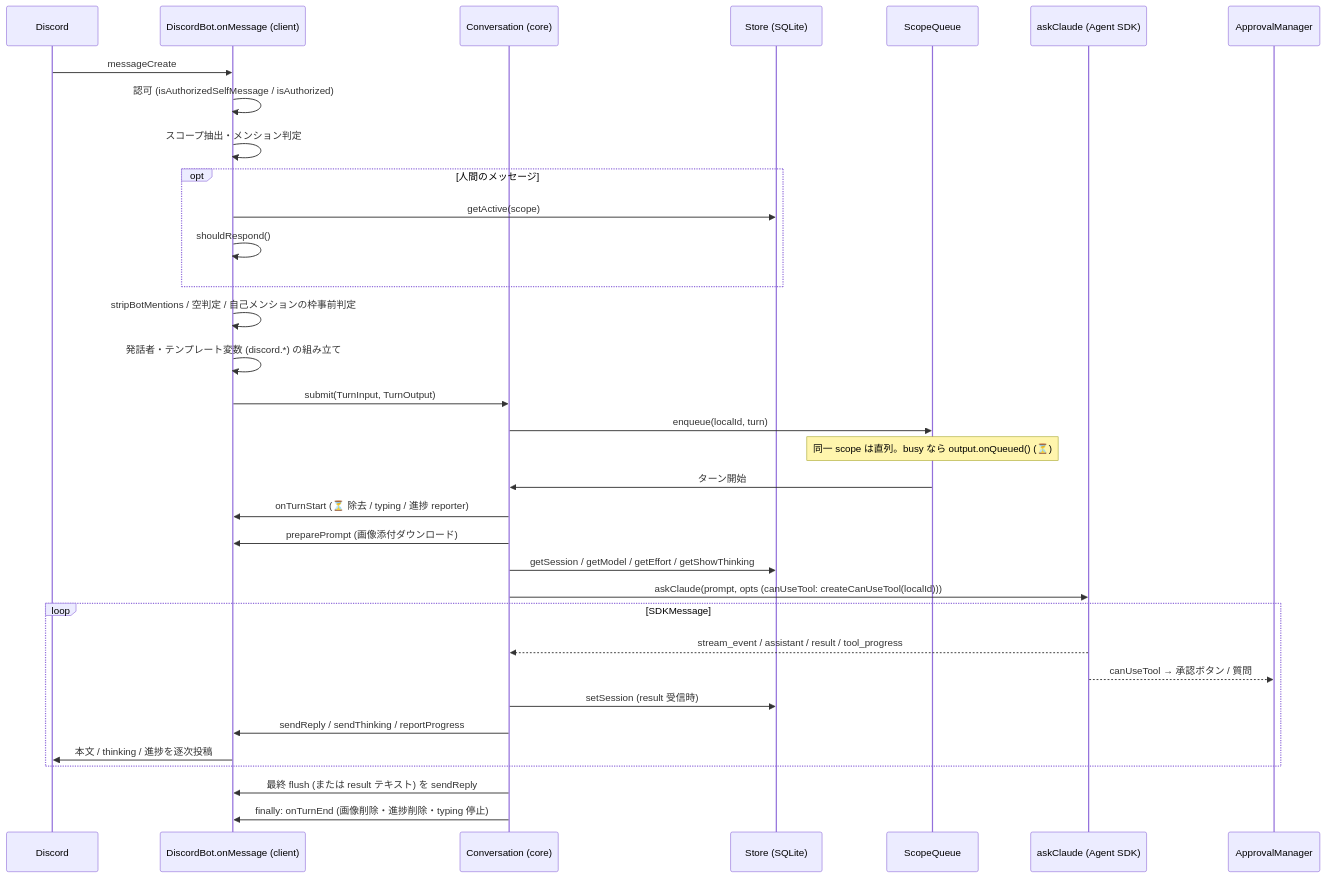
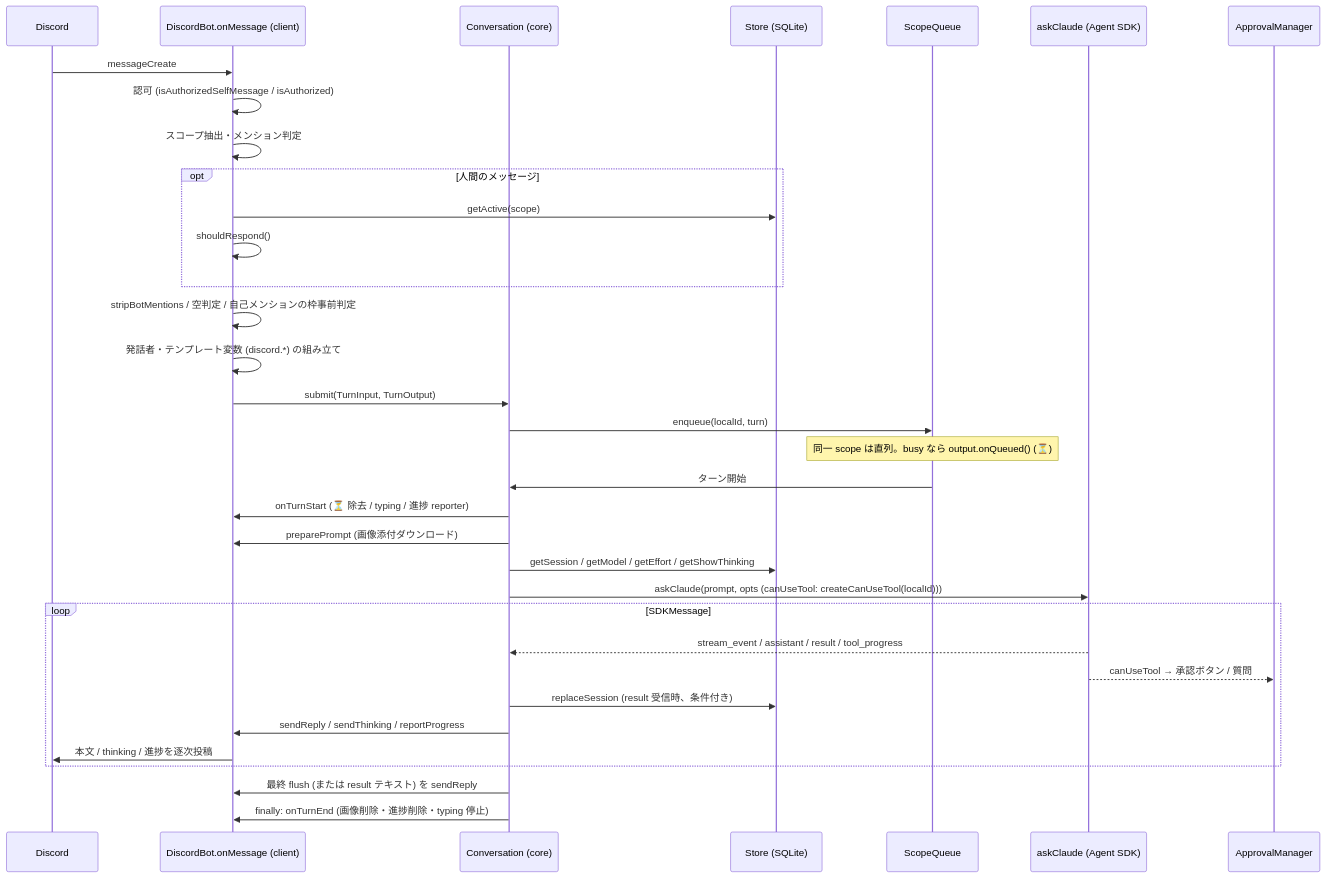
The diagram in docs/architecture/message-flow.md (ansanloms/loms-claw), drawn with Mermaid before and after one commit. The commit also changed other lines of this file and 5 other files, not shown here.

````diff
--- a/docs/architecture/message-flow.md
+++ b/docs/architecture/message-flow.md
@@ -38,37 +38,37 @@
 ```mermaid
 sequenceDiagram
     participant D as Discord
     participant B as DiscordBot.onMessage (client)
     participant K as Conversation (core)
     participant S as Store (SQLite)
     participant Q as ScopeQueue
     participant C as askClaude (Agent SDK)
     participant A as ApprovalManager
 
     D->>B: messageCreate
     B->>B: 認可 (isAuthorizedSelfMessage / isAuthorized)
     B->>B: スコープ抽出・メンション判定
     opt 人間のメッセージ
         B->>S: getActive(scope)
         B->>B: shouldRespond()
     end
     B->>B: stripBotMentions / 空判定 / 自己メンションの枠事前判定
     B->>B: 発話者・テンプレート変数 (discord.*) の組み立て
     B->>K: submit(TurnInput, TurnOutput)
     K->>Q: enqueue(localId, turn)
     Note over Q: 同一 scope は直列。busy なら output.onQueued() (⏳)
     Q->>K: ターン開始
     K->>B: onTurnStart (⏳ 除去 / typing / 進捗 reporter)
     K->>B: preparePrompt (画像添付ダウンロード)
     K->>S: getSession / getModel / getEffort / getShowThinking
     K->>C: askClaude(prompt, opts (canUseTool: createCanUseTool(localId)))
     loop SDKMessage
         C-->>K: stream_event / assistant / result / tool_progress
         C-->>A: canUseTool → 承認ボタン / 質問
-        K->>S: setSession (result 受信時)
+        K->>S: replaceSession (result 受信時、条件付き)
         K->>B: sendReply / sendThinking / reportProgress
         B->>D: 本文 / thinking / 進捗を逐次投稿
     end
     K->>B: 最終 flush (または result テキスト) を sendReply
     K->>B: finally: onTurnEnd (画像削除・進捗削除・typing 停止)
 ```
````
